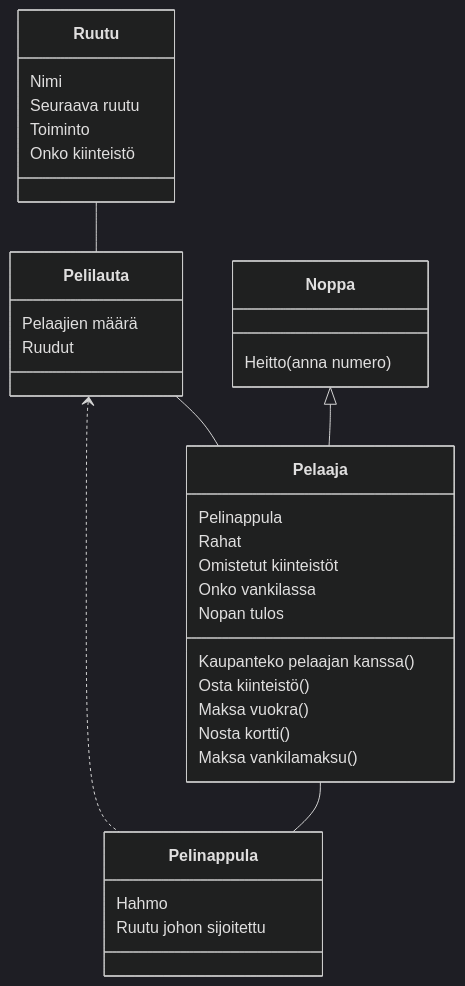
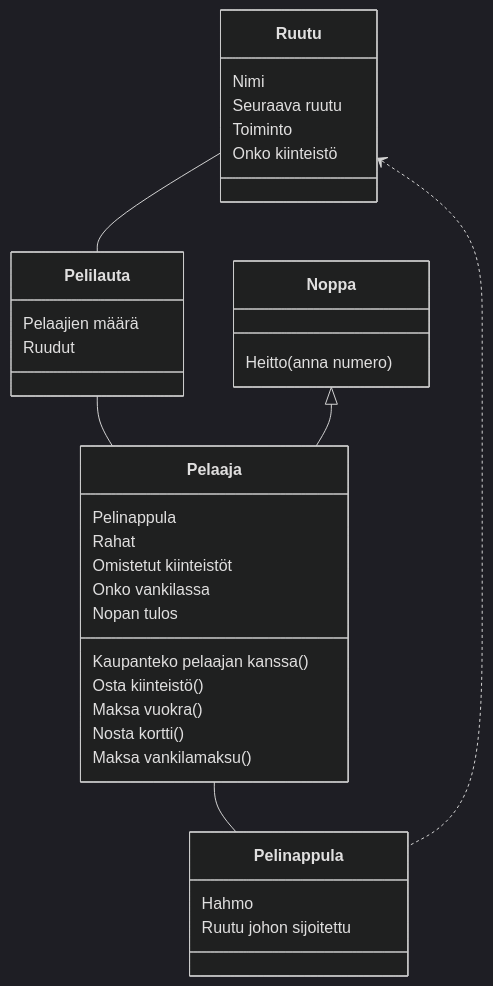
The diagram in laskarit/viikko3/luokkakaavio.md (kodtld/TravelHub), drawn with Mermaid (dark theme) before and after one commit.

````diff
--- a/laskarit/viikko3/luokkakaavio.md
+++ b/laskarit/viikko3/luokkakaavio.md
@@ -1,40 +1,42 @@
 ```mermaid
  classDiagram
       Pelilauta -- Pelaaja
       Noppa  <|-- Pelaaja
       Ruutu -- Pelilauta
       Pelaaja -- Pelinappula
-      Pelilauta <.. Pelinappula
+      Ruutu <.. Pelinappula
       Pelilauta : Pelaajien määrä  
       Pelilauta : Ruudut
 
       class Pelaaja{
           Pelinappula
           Rahat
           Omistetut kiinteistöt  
           Onko vankilassa
           Nopan tulos
           
           Kaupanteko pelaajan kanssa()
           Osta kiinteistö()
           Maksa vuokra()
           Nosta kortti()
           Maksa vankilamaksu()  
       }
+      
+      class Pelinappula{
+          Hahmo
+          Ruutu johon sijoitettu
+      }
 
       class Noppa{
           Heitto(anna numero)
       }
 
       class Ruutu{
           Nimi
           Seuraava ruutu
           Toiminto
           Onko kiinteistö
       }
 
-      class Pelinappula{
-          Hahmo
-          Ruutu johon sijoitettu
-      }
+
 ```
````
